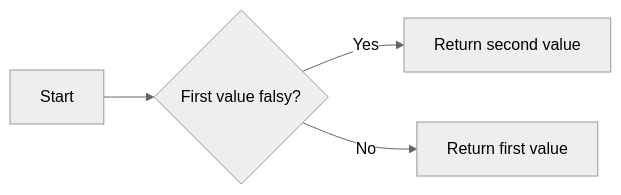
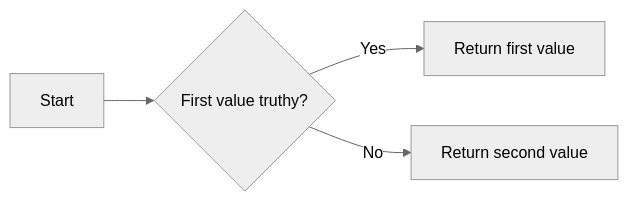
Before and after one commit to tecladocode/complete-python-course: the second of 2 diagrams in course_contents/1_intro/lectures/10_and_or/README.md, drawn with Mermaid (neutral theme). The commit also changed other lines of this file and 33 other files, not shown here.

````diff
--- a/course_contents/1_intro/lectures/10_and_or/README.md
+++ b/course_contents/1_intro/lectures/10_and_or/README.md
@@ -145,6 +84,6 @@
 ```mermaid
 graph LR
-A[Start] --> B{First value falsy?};
-B --> |Yes| C[Return second value];
-B --> |No| D[Return first value];
+A[Start] --> B{First value truthy?};
+B --> |Yes| C[Return first value];
+B --> |No| D[Return second value];
 ```
````
